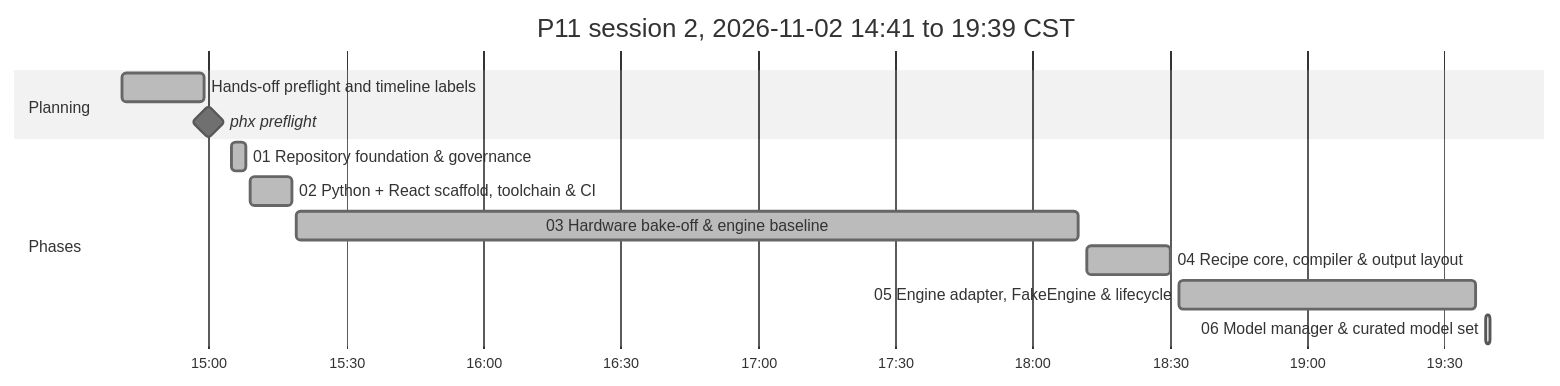
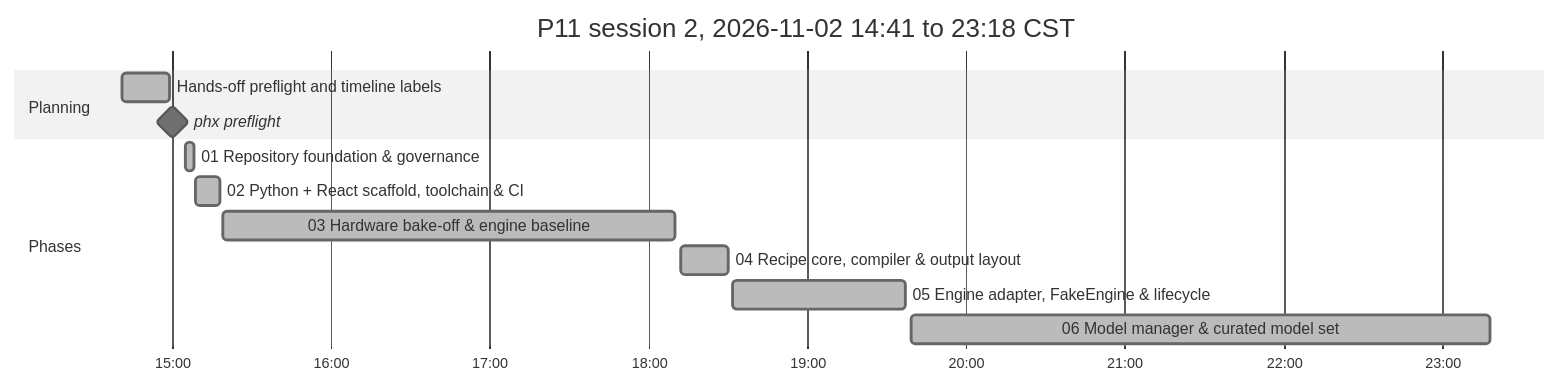
The second of 2 diagrams in P11_IMPLEMENTATION_PLAN.md (antonizick/project1111), drawn with Mermaid (neutral theme) before and after one commit. The commit also changed other lines of this file and 1 other file, not shown here.

Commit message:
docs(plan): refresh timeline

````diff
--- a/P11_IMPLEMENTATION_PLAN.md
+++ b/P11_IMPLEMENTATION_PLAN.md
@@ -74,16 +74,16 @@
 ```mermaid
 gantt
-    title P11 session 2, 2026-11-02 14:41 to 19:39 CST
+    title P11 session 2, 2026-11-02 14:41 to 23:18 CST
     dateFormat YYYY-MM-DD HH:mm
     axisFormat %H:%M
     section Planning
     Hands-off preflight and timeline labels :done, plan3, 2026-11-02 14:41, 2026-11-02 14:59
     phx preflight :milestone, pf13ee0d5, 2026-11-02 15:00, 0m
     section Phases
     01 Repository foundation & governance :done, p01s2, 2026-11-02 15:05, 2026-11-02 15:08
     02 Python + React scaffold, toolchain & CI :done, p02s2, 2026-11-02 15:09, 2026-11-02 15:18
     03 Hardware bake-off & engine baseline :done, p03s2, 2026-11-02 15:19, 2026-11-02 18:10
     04 Recipe core, compiler & output layout :done, p04s2, 2026-11-02 18:12, 2026-11-02 18:30
     05 Engine adapter, FakeEngine & lifecycle :done, p05s2, 2026-11-02 18:32, 2026-11-02 19:37
-    06 Model manager & curated model set :active, p06s2, 2026-11-02 19:39, 2026-11-02 19:40
+    06 Model manager & curated model set :done, p06s2, 2026-11-02 19:39, 2026-11-02 23:18
 ```
````
